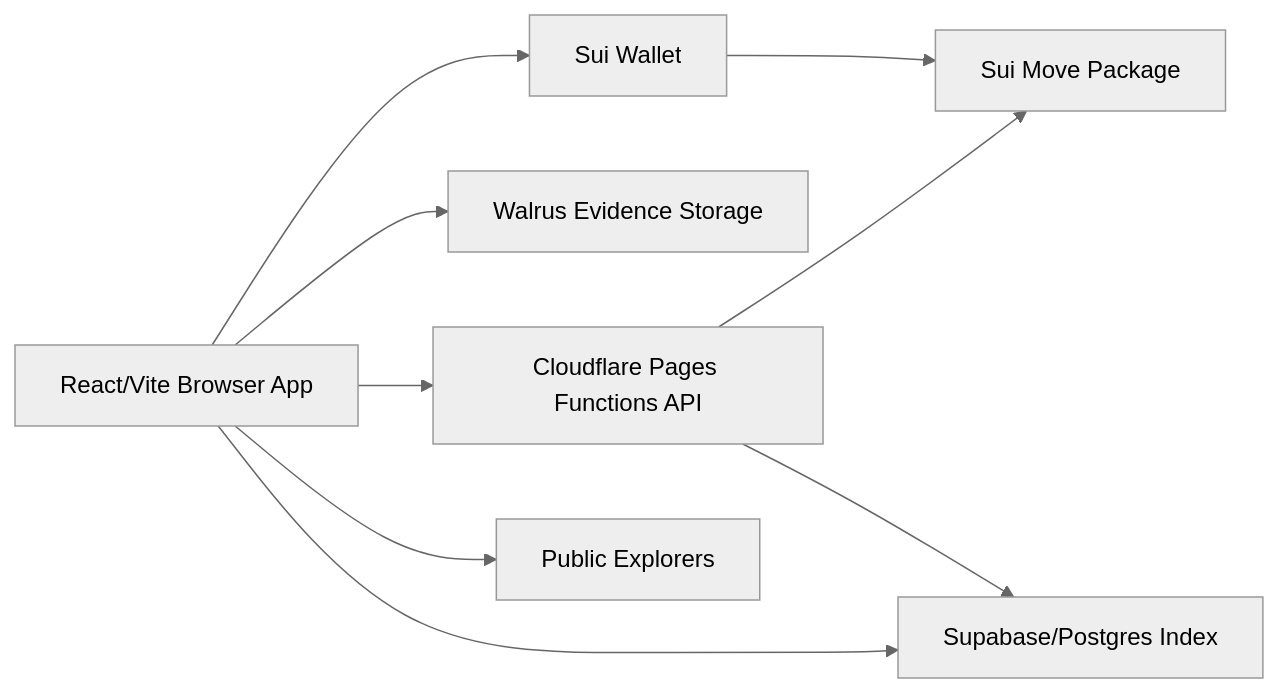
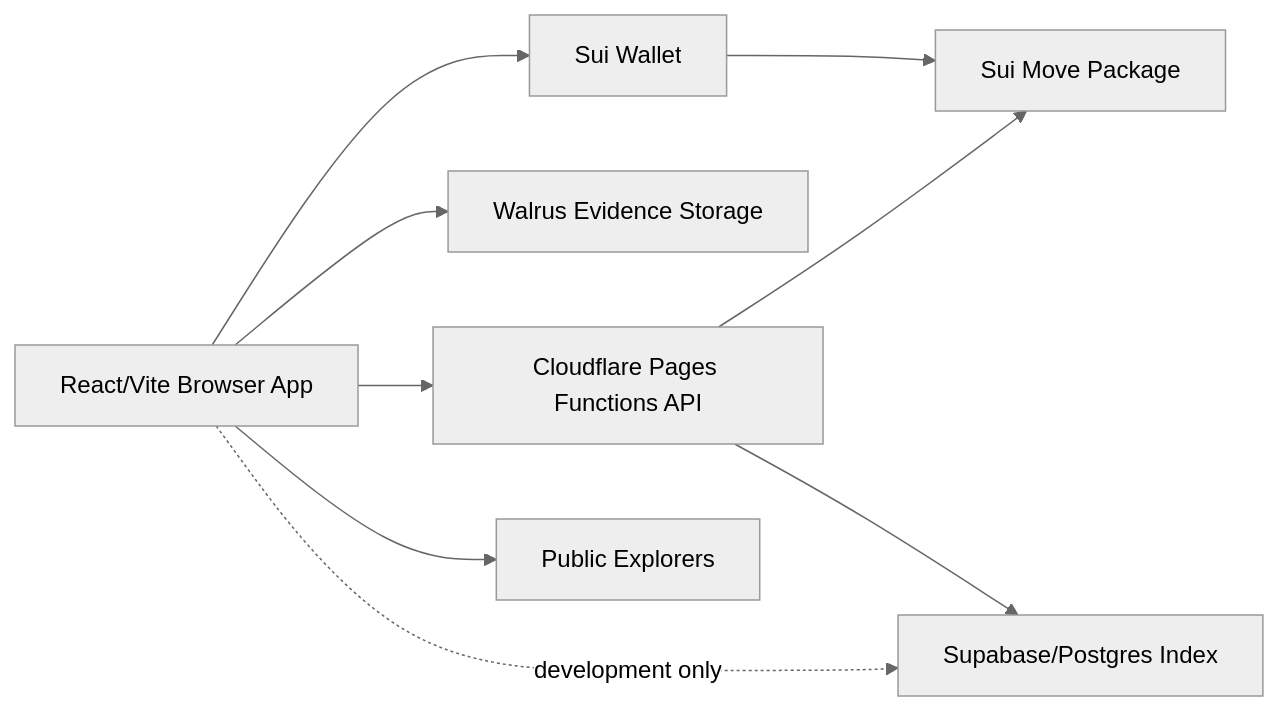
Before and after one commit to HarshMakadiya/invonft-sui-receivables: the first of 4 diagrams in SYSTEM_DESIGN.md, drawn with Mermaid (neutral theme). The commit also changed other lines of this file and 11 other files, not shown here.

````diff
--- a/SYSTEM_DESIGN.md
+++ b/SYSTEM_DESIGN.md
@@ -21,19 +25,19 @@
 ```mermaid
 flowchart LR
   browser["React/Vite Browser App"]
   wallet["Sui Wallet"]
   sui["Sui Move Package"]
   walrus["Walrus Evidence Storage"]
   api["Cloudflare Pages Functions API"]
   db["Supabase/Postgres Index"]
   explorer["Public Explorers"]
 
   browser --> wallet
   wallet --> sui
   browser --> walrus
   browser --> api
   api --> sui
   api --> db
-  browser --> db
+  browser -. development only .-> db
   browser --> explorer
 ```
````
